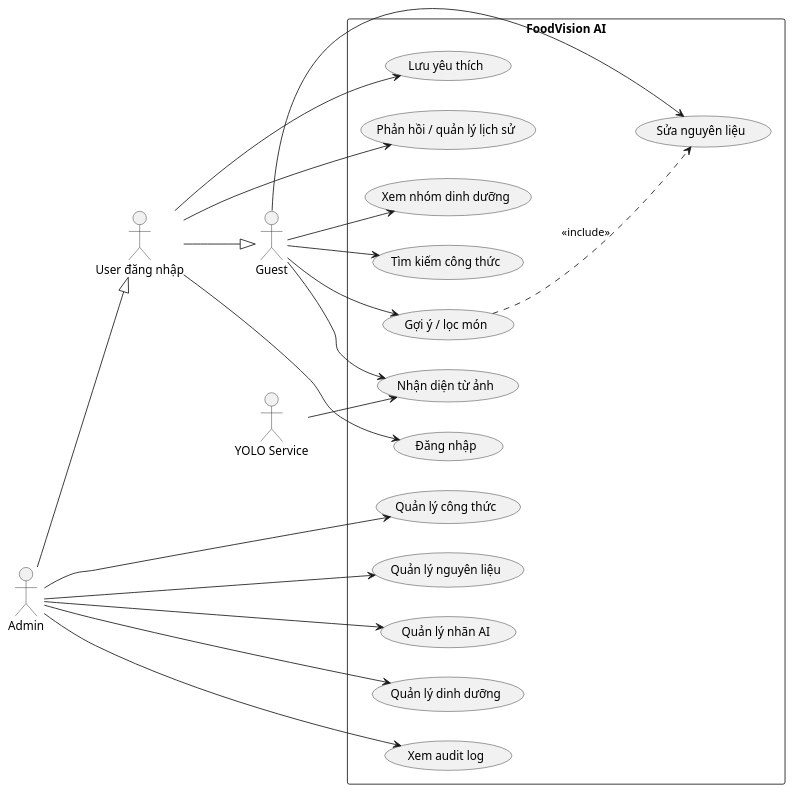
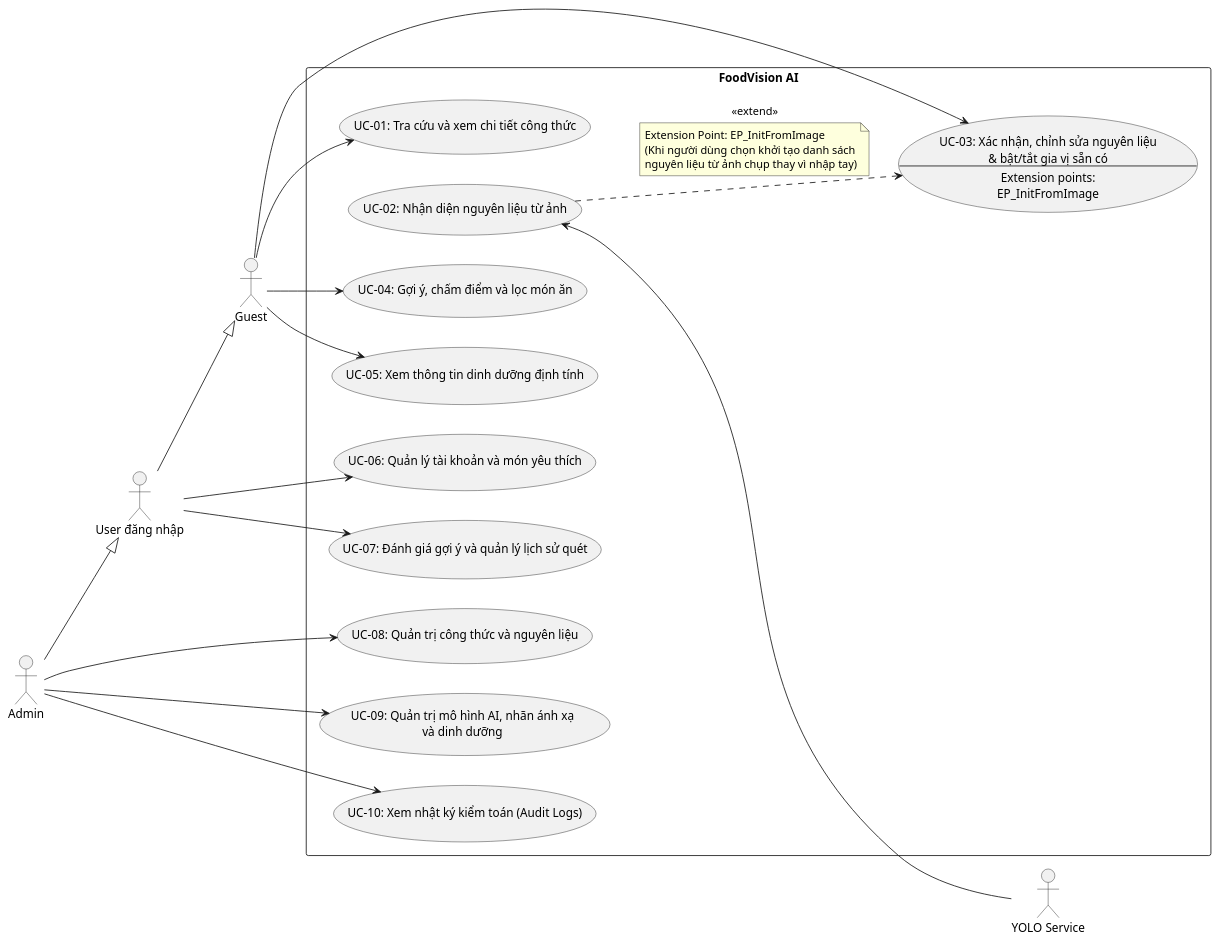
The diagram in docs/01-requirements/use-case-diagram.puml (phongg2905/foodVision-AI), drawn with PlantUML before and after one commit. The commit also changed 7 other files, not shown here.

```diff
--- a/docs/01-requirements/use-case-diagram.puml
+++ b/docs/01-requirements/use-case-diagram.puml
@@ -1,40 +1,46 @@
 @startuml
 left to right direction
 skinparam packageStyle rectangle
+
 actor "Guest" as Guest
 actor "User đăng nhập" as User
 actor "Admin" as Admin
 actor "YOLO Service" as AI
+
 User --|> Guest
 Admin --|> User
+
 rectangle "FoodVision AI" {
-  usecase "Tìm kiếm công thức" as UC01
-  usecase "Nhận diện từ ảnh" as UC02
-  usecase "Sửa nguyên liệu" as UC03
-  usecase "Gợi ý / lọc món" as UC04
-  usecase "Xem nhóm dinh dưỡng" as UC05
-  usecase "Đăng nhập" as UC06
-  usecase "Lưu yêu thích" as UC07
-  usecase "Phản hồi / quản lý lịch sử" as UC08
-  usecase "Quản lý công thức" as UC09
-  usecase "Quản lý nguyên liệu" as UC10
-  usecase "Quản lý nhãn AI" as UC11
-  usecase "Quản lý dinh dưỡng" as UC12
-  usecase "Xem audit log" as UC13
+  usecase "UC-01: Tra cứu và xem chi tiết công thức" as UC01
+  usecase "UC-02: Nhận diện nguyên liệu từ ảnh" as UC02
+  usecase "UC-03: Xác nhận, chỉnh sửa nguyên liệu\n& bật/tắt gia vị sẵn có\n--\nExtension points:\nEP_InitFromImage" as UC03
+  usecase "UC-04: Gợi ý, chấm điểm và lọc món ăn" as UC04
+  usecase "UC-05: Xem thông tin dinh dưỡng định tính" as UC05
+  usecase "UC-06: Quản lý tài khoản và món yêu thích" as UC06
+  usecase "UC-07: Đánh giá gợi ý và quản lý lịch sử quét" as UC07
+  usecase "UC-08: Quản trị công thức và nguyên liệu" as UC08
+  usecase "UC-09: Quản trị mô hình AI, nhãn ánh xạ\nvà dinh dưỡng" as UC09
+  usecase "UC-10: Xem nhật ký kiểm toán (Audit Logs)" as UC10
 }
+
 Guest --> UC01
-Guest --> UC02
 Guest --> UC03
 Guest --> UC04
 Guest --> UC05
+
 User --> UC06
 User --> UC07
-User --> UC08
+
+Admin --> UC08
 Admin --> UC09
 Admin --> UC10
-Admin --> UC11
-Admin --> UC12
-Admin --> UC13
-AI --> UC02
-UC04 ..> UC03 : <<include>>
+
+UC02 ..> UC03 : <<extend>>
+note on link
+  Extension Point: EP_InitFromImage
+  (Khi người dùng chọn khởi tạo danh sách
+  nguyên liệu từ ảnh chụp thay vì nhập tay)
+end note
+
+UC02 <-- AI
 @enduml
```
